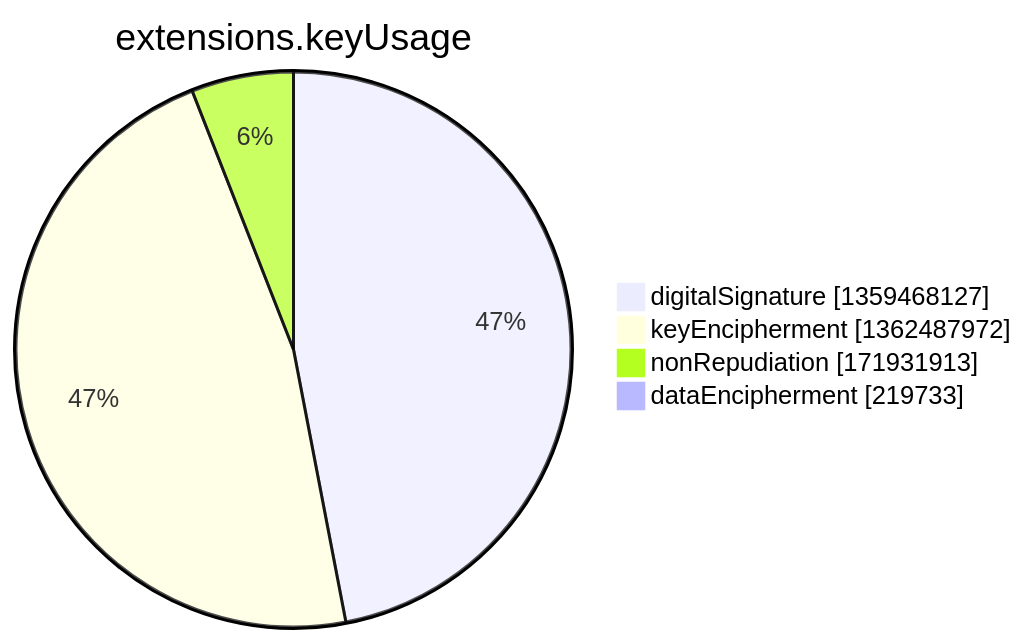
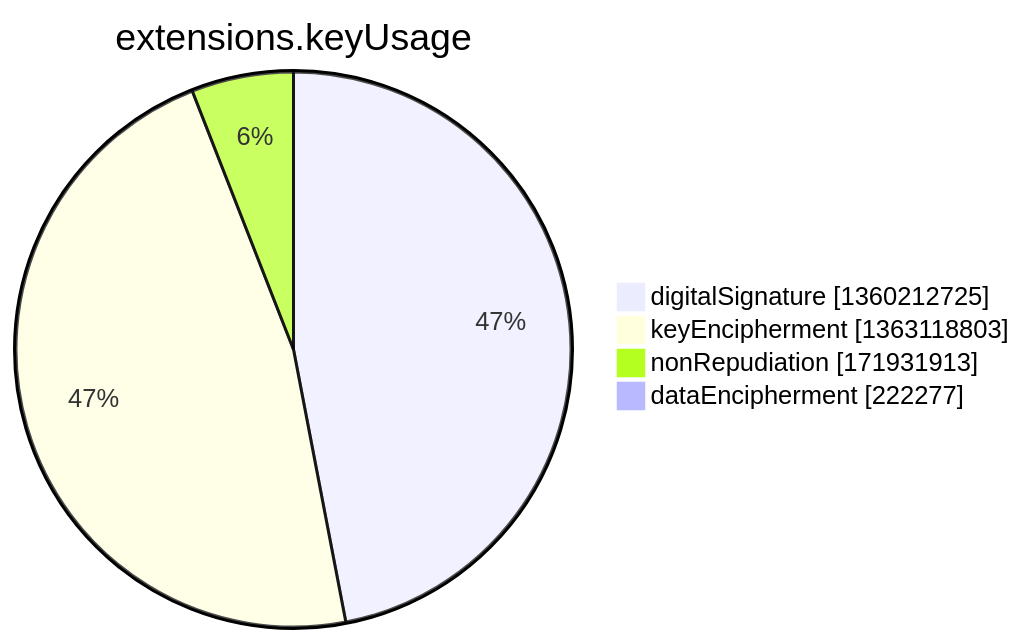
Before and after one commit to christiankrug/ctmonitor_visualization: the seventh of 15 diagrams in argon2022/README.md, drawn with Mermaid. The commit also changed other lines of this file, not shown here.

````diff
--- a/argon2022/README.md
+++ b/argon2022/README.md
@@ -2750,8 +2750,8 @@
 ```mermaid
 pie showData
 title extensions.keyUsage
-"digitalSignature" :1359468127
-"keyEncipherment" :1362487972
+"digitalSignature" :1360212725
+"keyEncipherment" :1363118803
 "nonRepudiation" :171931913
-"dataEncipherment" :219733
+"dataEncipherment" :222277
 ```
````
